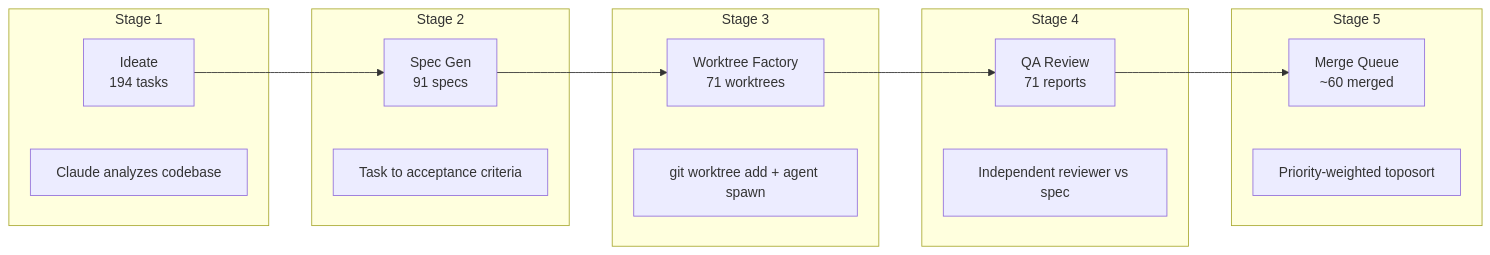
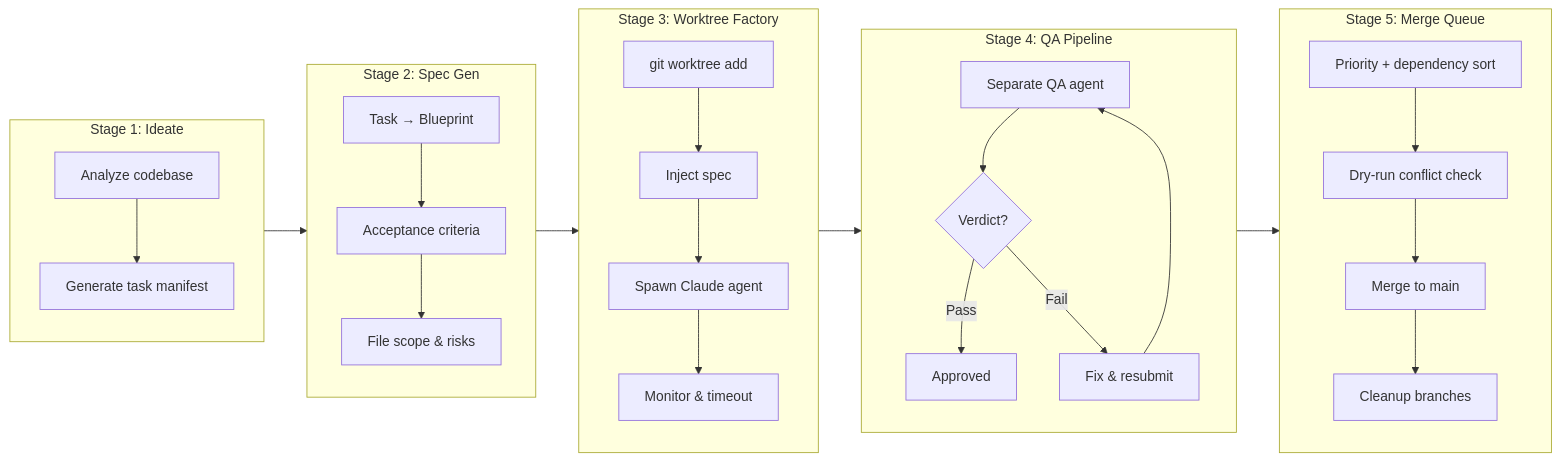
One commit to krzemienski/withagents changed the first of 2 diagrams in posts/post-06-parallel-worktrees/post.md. Above: the diagram before and after it, drawn with Mermaid. The commit also changed other lines of this file and 362 other files, not shown here.

````diff
--- a/posts/post-06-parallel-worktrees/post.md
+++ b/posts/post-06-parallel-worktrees/post.md
@@ -45,29 +45,44 @@
 ```mermaid
 flowchart LR
-    subgraph S1["Stage 1"]
-        A["Ideate\n194 tasks"]
-        A_op["Claude analyzes codebase"]
+    subgraph S1["Stage 1: Ideate"]
+        A1[Analyze codebase]
+        A2[Generate task manifest]
+        A1 --> A2
     end
 
-    subgraph S2["Stage 2"]
-        B["Spec Gen\n91 specs"]
-        B_op["Task to acceptance criteria"]
+    subgraph S2["Stage 2: Spec Gen"]
+        B1[Task → Blueprint]
+        B2[Acceptance criteria]
+        B3[File scope & risks]
+        B1 --> B2 --> B3
     end
 
-    subgraph S3["Stage 3"]
-        C["Worktree Factory\n71 worktrees"]
-        C_op["git worktree add + agent spawn"]
+    subgraph S3["Stage 3: Worktree Factory"]
+        C1[git worktree add]
+        C2[Inject spec]
+        C3[Spawn Claude agent]
+        C4[Monitor & timeout]
+        C1 --> C2 --> C3 --> C4
     end
 
-    subgraph S4["Stage 4"]
-        D["QA Review\n71 reports"]
-        D_op["Independent reviewer vs spec"]
+    subgraph S4["Stage 4: QA Pipeline"]
+        D1[Separate QA agent]
+        D2{Verdict?}
+        D3[Approved]
+        D4[Fix & resubmit]
+        D1 --> D2
+        D2 -->|Pass| D3
+        D2 -->|Fail| D4
+        D4 --> D1
     end
 
-    subgraph S5["Stage 5"]
-        E["Merge Queue\n~60 merged"]
-        E_op["Priority-weighted toposort"]
+    subgraph S5["Stage 5: Merge Queue"]
+        E1[Priority + dependency sort]
+        E2[Dry-run conflict check]
+        E3[Merge to main]
+        E4[Cleanup branches]
+        E1 --> E2 --> E3 --> E4
     end
 
-    A --> B --> C --> D --> E
+    S1 --> S2 --> S3 --> S4 --> S5
 ```
````
